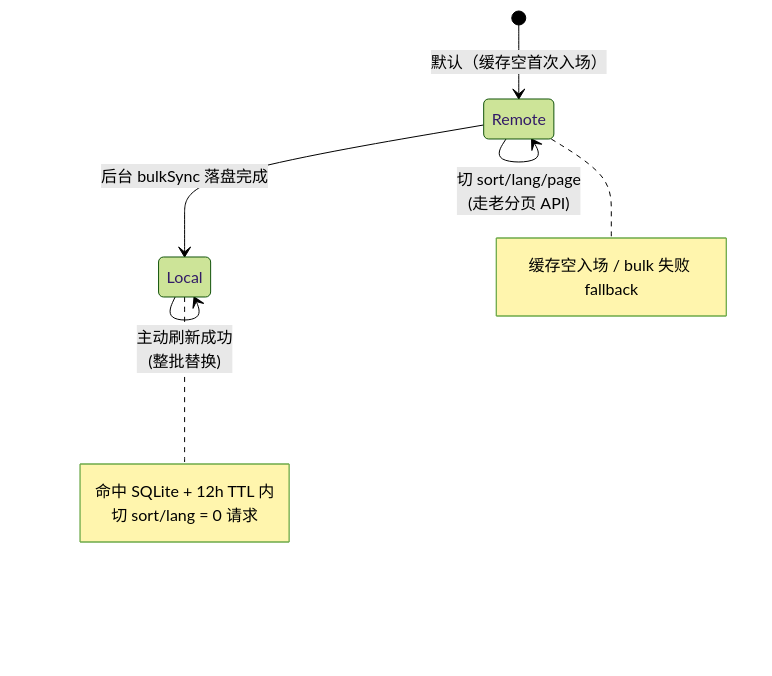
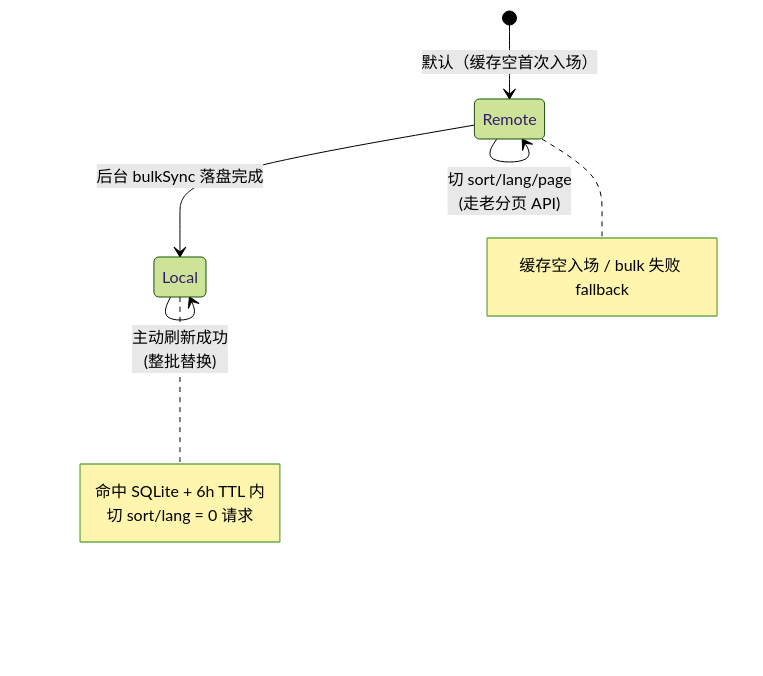
Before and after one commit to starcat-app/Starcat: the third of 4 diagrams in docs/3-设计/详细设计/31-Trending-Weekly缓存改造.md, drawn with Mermaid (forest theme). The commit also changed other lines of this file and 30 other files, not shown here.

````diff
--- a/docs/3-设计/详细设计/31-Trending-Weekly缓存改造.md
+++ b/docs/3-设计/详细设计/31-Trending-Weekly缓存改造.md
@@ -170,11 +170,11 @@
 ```mermaid
 stateDiagram-v2
     [*] --> Remote: 默认（缓存空首次入场）
     Remote --> Local: 后台 bulkSync 落盘完成
     Local --> Local: 切 sort/lang/page<br/>(本地纯计算零网络)
     Local --> Local: 主动刷新成功<br/>(整批替换)
     Remote --> Remote: 切 sort/lang/page<br/>(走老分页 API)
 
-    note right of Local: 命中 SQLite + 12h TTL 内<br/>切 sort/lang = 0 请求
+    note right of Local: 命中 SQLite + 6h TTL 内<br/>切 sort/lang = 0 请求
     note right of Remote: 缓存空入场 / bulk 失败 fallback
 ```
````
